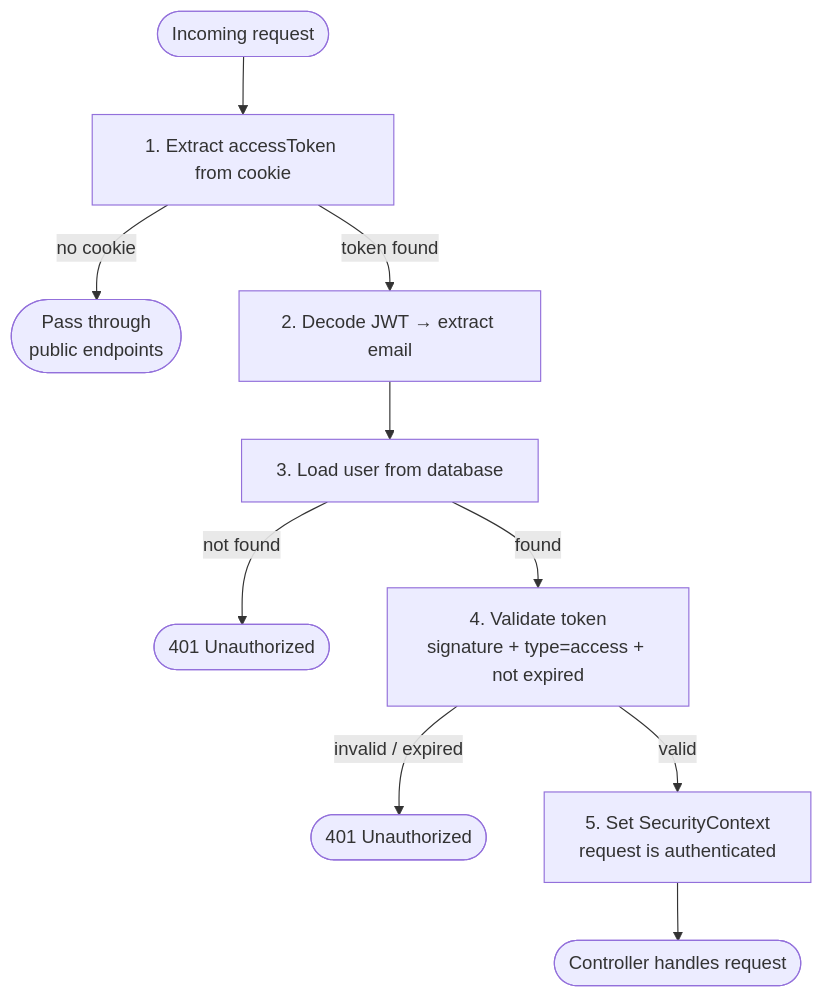
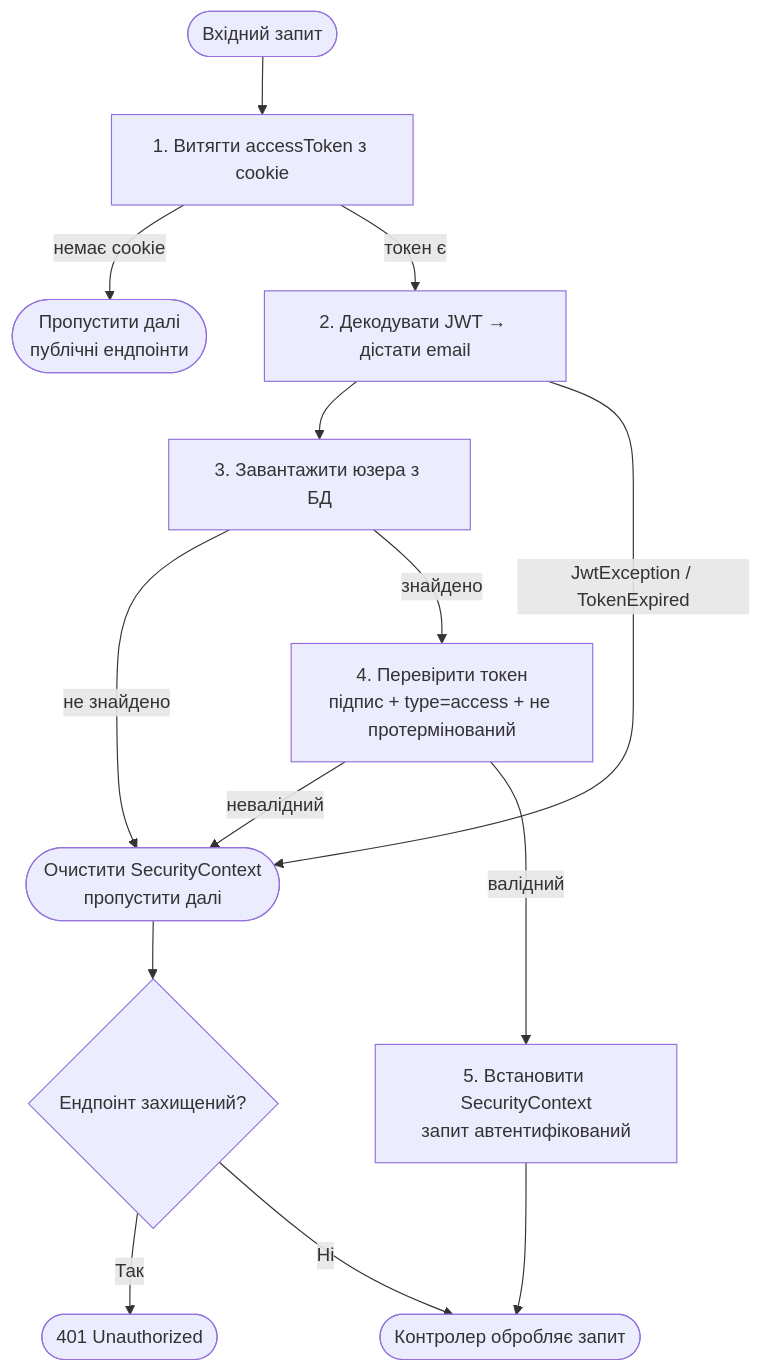
Before and after one commit to MaksymChalyi/Verdora-backend: the second of 3 diagrams in docs/auth/jwt.md, drawn with Mermaid. The commit also changed other lines of this file and 12 other files, not shown here.

````diff
--- a/docs/auth/jwt.md
+++ b/docs/auth/jwt.md
@@ -152,12 +165,16 @@
 ```mermaid
 flowchart TD
-    A([Incoming request]) --> B[1. Extract accessToken from cookie]
-    B -->|no cookie| C([Pass through\npublic endpoints])
-    B -->|token found| D[2. Decode JWT → extract email]
-    D --> E[3. Load user from database]
-    E -->|not found| F([401 Unauthorized])
-    E -->|found| G[4. Validate token\nsignature + type=access + not expired]
-    G -->|invalid / expired| H([401 Unauthorized])
-    G -->|valid| I[5. Set SecurityContext\nrequest is authenticated]
-    I --> J([Controller handles request])
+    A([Вхідний запит]) --> B[1. Витягти accessToken з cookie]
+    B -->|немає cookie| C([Пропустити далі\nпублічні ендпоінти])
+    B -->|токен є| D[2. Декодувати JWT → дістати email]
+    D --> E[3. Завантажити юзера з БД]
+    D -->|JwtException / TokenExpired| X([Очистити SecurityContext\nпропустити далі])
+    E -->|не знайдено| X
+    E -->|знайдено| G[4. Перевірити токен\nпідпис + type=access + не протермінований]
+    G -->|невалідний| X
+    G -->|валідний| I[5. Встановити SecurityContext\nзапит автентифікований]
+    I --> J([Контролер обробляє запит])
+    X --> K{Ендпоінт захищений?}
+    K -- Так --> L([401 Unauthorized])
+    K -- Ні --> J
 ```
````
